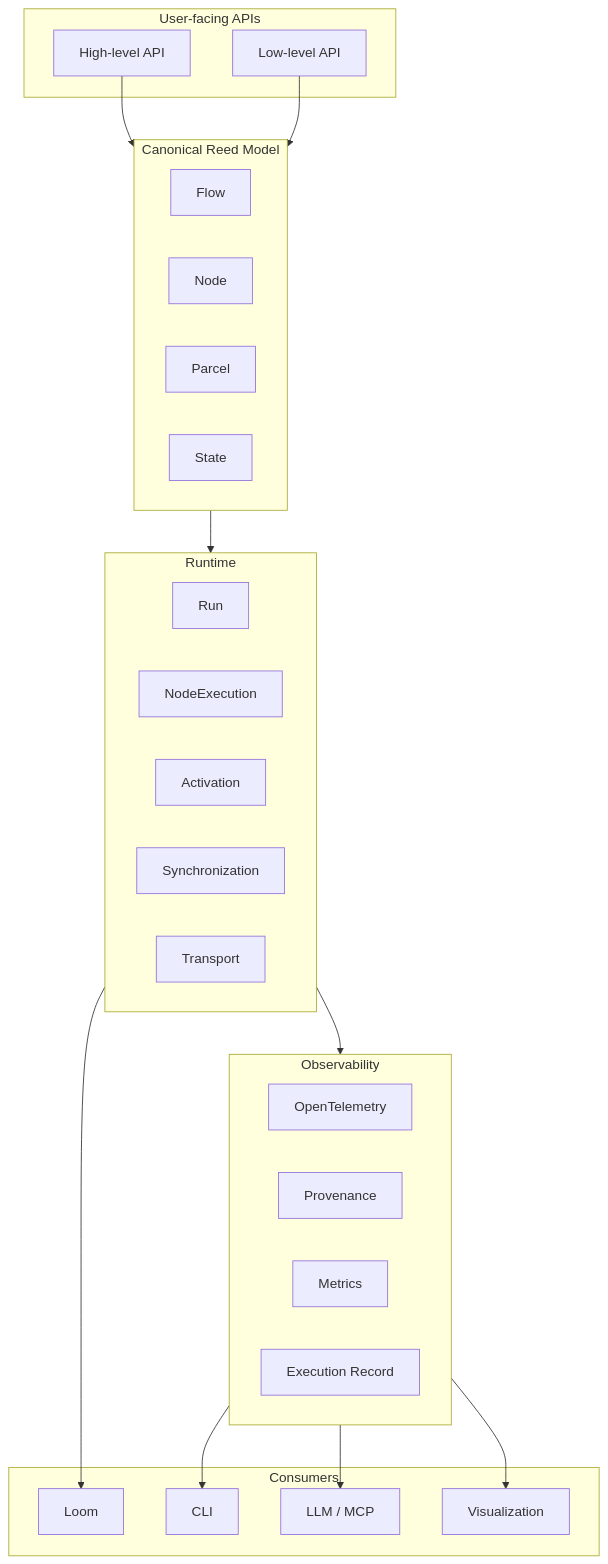
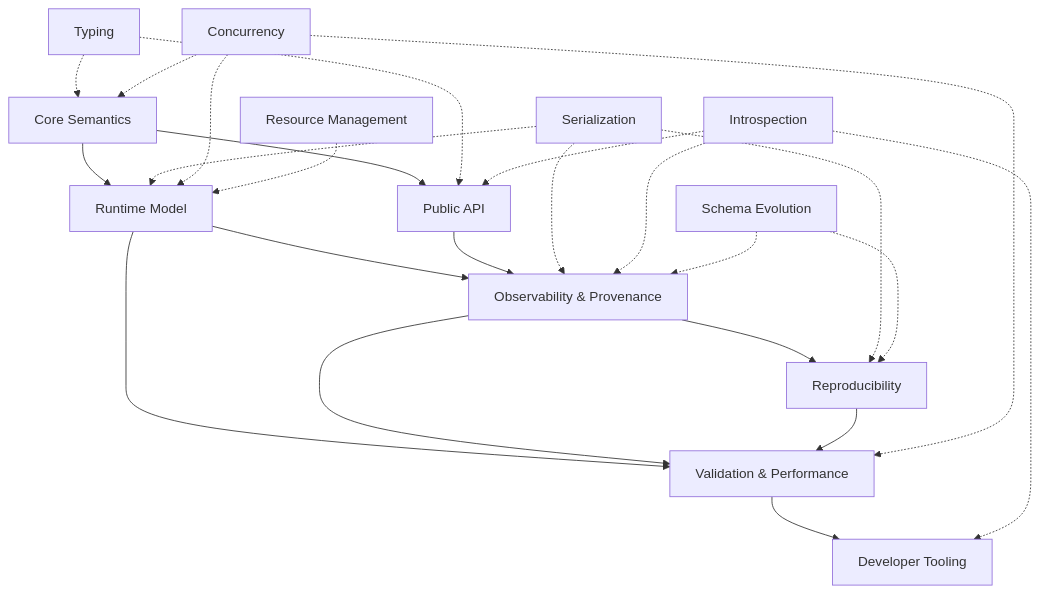
Diagram 12 of 13 in roadmap.md (aam-cloudsky/Reed), drawn with Mermaid before and after one commit. The commit also changed other lines of this file, not shown here.

First line of the commit message:
Revise Reed Architectural Roadmap for clarity and structure

````diff
--- a/roadmap.md
+++ b/roadmap.md
@@ -762,47 +913,38 @@
 ```mermaid
 flowchart TB
-    subgraph API["User-facing APIs"]
-        H["High-level API"]
-        LL["Low-level API"]
-    end
+    SEM["Core Semantics"]
 
-    subgraph MODEL["Canonical Reed Model"]
-        F["Flow"]
-        N["Node"]
-        P["Parcel"]
-        S["State"]
-    end
+    SEM --> API["Public API"]
+    SEM --> RT["Runtime Model"]
 
-    subgraph RUNTIME["Runtime"]
-        RUN["Run"]
-        NE["NodeExecution"]
-        A["Activation"]
-        SY["Synchronization"]
-        T["Transport"]
-    end
+    RT --> OBS["Observability & Provenance"]
+    API --> OBS
 
-    subgraph OBS["Observability"]
-        OT["OpenTelemetry"]
-        PR["Provenance"]
-        M["Metrics"]
-        REC["Execution Record"]
-    end
+    OBS --> REP["Reproducibility"]
 
-    subgraph CONSUMERS["Consumers"]
-        LOOM["Loom"]
-        CLI["CLI"]
-        AI["LLM / MCP"]
-        UI["Visualization"]
-    end
+    RT --> VAL["Validation & Performance"]
+    OBS --> VAL
+    REP --> VAL
 
-    H --> MODEL
-    LL --> MODEL
+    VAL --> TOOL["Developer Tooling"]
 
-    MODEL --> RUNTIME
-    RUNTIME --> OBS
+    X1["Typing"] -.-> SEM
+    X1 -.-> API
 
-    RUNTIME --> LOOM
-    OBS --> CLI
-    OBS --> AI
-    OBS --> UI
+    X2["Serialization"] -.-> RT
+    X2 -.-> OBS
+    X2 -.-> REP
+
+    X3["Concurrency"] -.-> SEM
+    X3 -.-> RT
+    X3 -.-> VAL
+
+    X4["Introspection"] -.-> API
+    X4 -.-> OBS
+    X4 -.-> TOOL
+
+    X5["Schema Evolution"] -.-> OBS
+    X5 -.-> REP
+
+    X6["Resource Management"] -.-> RT
 ```
````
